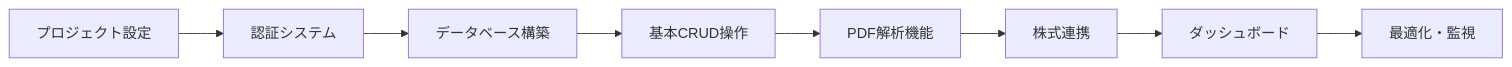
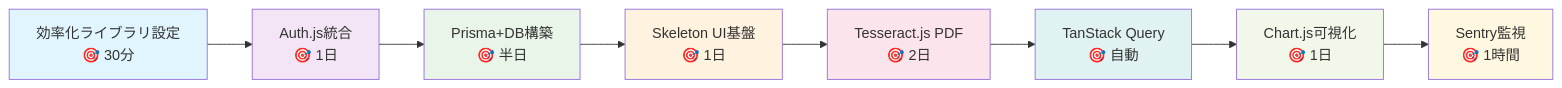
The tenth of 10 diagrams in docs/detailed-design/10-01_technical-design-overview.md (Tora29/salary-management), drawn with Mermaid before and after one commit. The commit also changed other lines of this file and 14 other files, not shown here.

````diff
--- a/docs/detailed-design/10-01_technical-design-overview.md
+++ b/docs/detailed-design/10-01_technical-design-overview.md
@@ -963,10 +1257,19 @@
 ```mermaid
 flowchart LR
-    A[プロジェクト設定] --> B[認証システム]
-    B --> C[データベース構築]
-    C --> D[基本CRUD操作]
-    D --> E[PDF解析機能]
-    E --> F[株式連携]
-    F --> G[ダッシュボード]
-    G --> H[最適化・監視]
+    A[効率化ライブラリ設定<br/>🎯 30分] --> B[Auth.js統合<br/>🎯 1日]
+    B --> C[Prisma+DB構築<br/>🎯 半日]
+    C --> D[Skeleton UI基盤<br/>🎯 1日]
+    D --> E[Tesseract.js PDF<br/>🎯 2日]
+    E --> F[TanStack Query<br/>🎯 自動]
+    F --> G[Chart.js可視化<br/>🎯 1日]
+    G --> H[Sentry監視<br/>🎯 1時間]
+
+    style A fill:#e1f5fe
+    style B fill:#f3e5f5
+    style C fill:#e8f5e8
+    style D fill:#fff3e0
+    style E fill:#fce4ec
+    style F fill:#e0f2f1
+    style G fill:#f1f8e9
+    style H fill:#fff8e1
 ```
````
